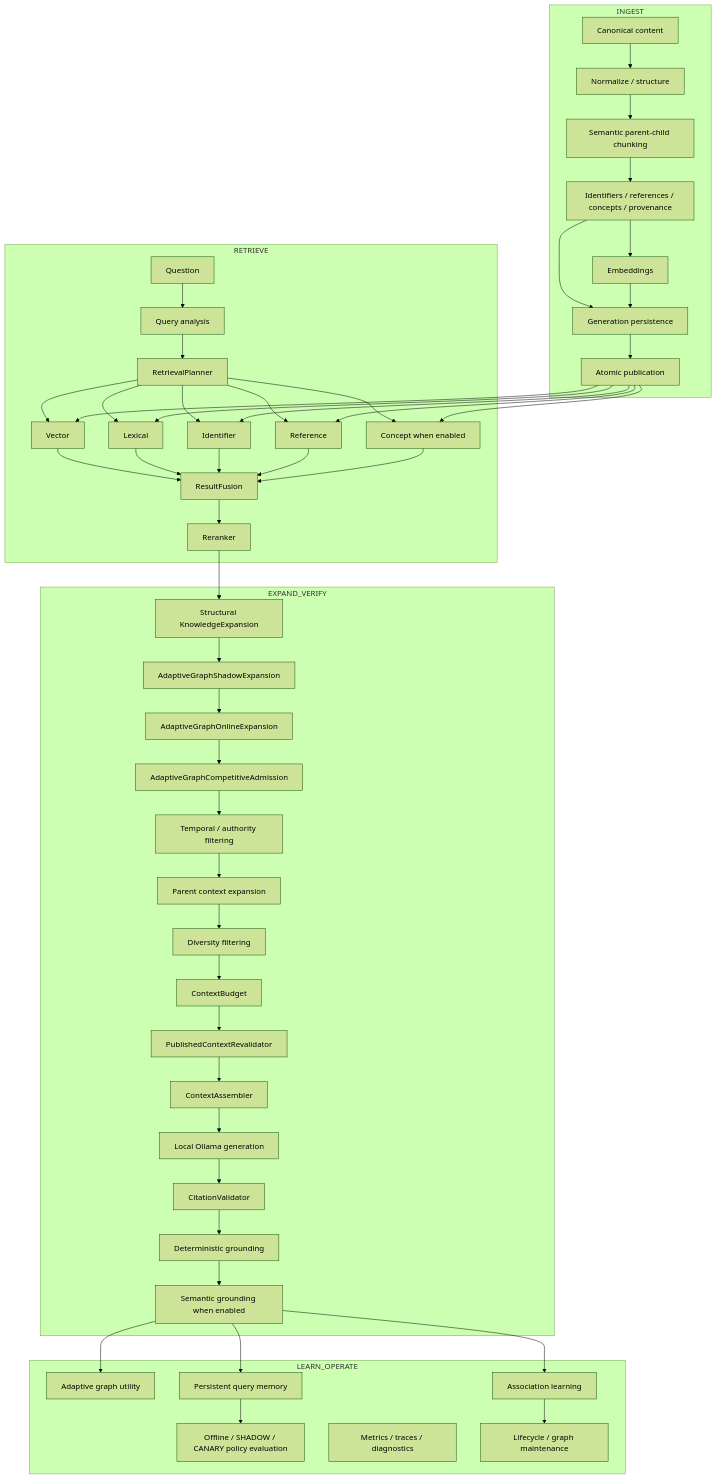
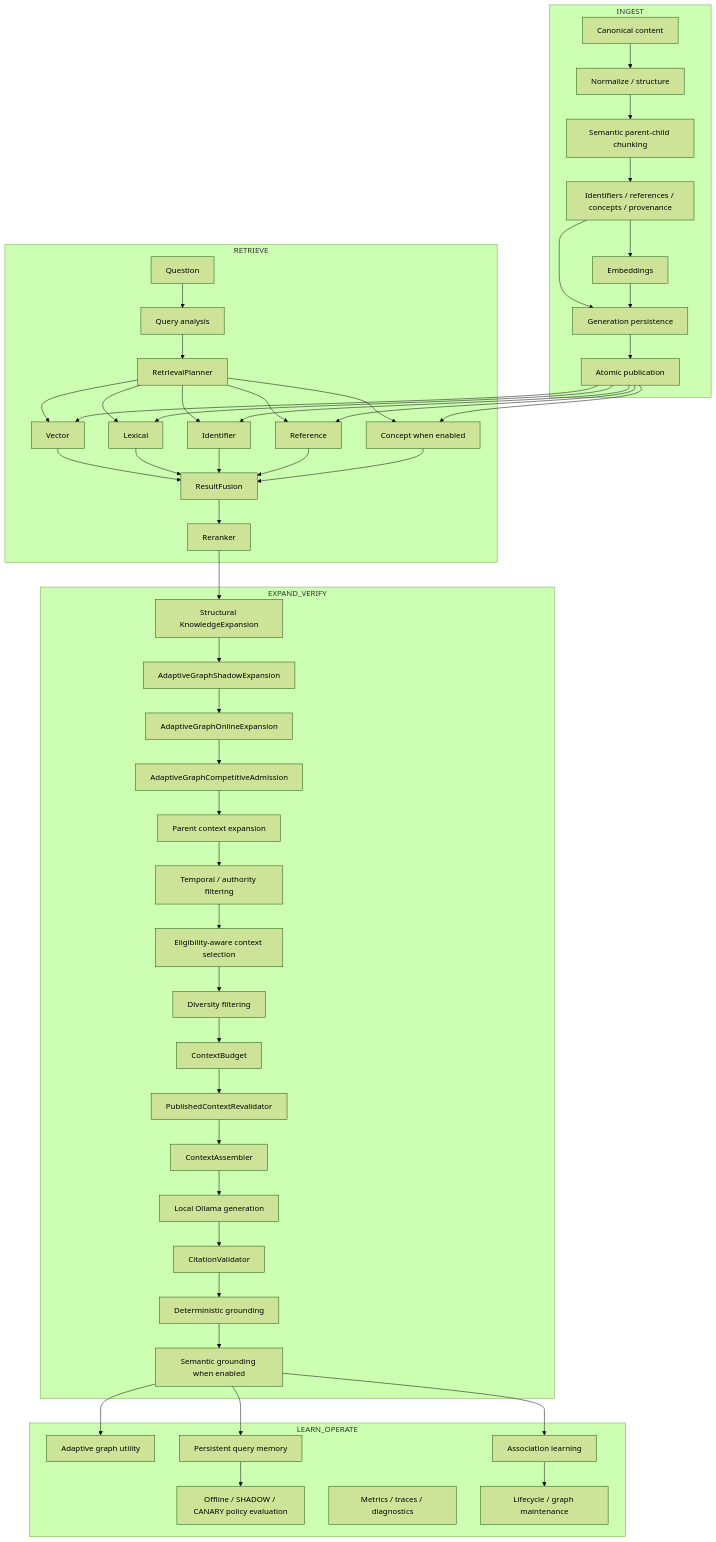
The diagram in docs/architecture/current-runtime-architecture.md (alimbetov/akmai), drawn with Mermaid (forest theme) before and after one commit. The commit also changed other lines of this file, not shown here.

Commit message:
docs: synchronize current retrieval runtime architecture

````diff
--- a/docs/architecture/current-runtime-architecture.md
+++ b/docs/architecture/current-runtime-architecture.md
@@ -25,79 +25,80 @@
 ```mermaid
 flowchart TB
     subgraph INGEST
       SRC[Canonical content]
       NORM[Normalize / structure]
       CHUNK[Semantic parent-child chunking]
       ENRICH[Identifiers / references / concepts / provenance]
       EMB[Embeddings]
       PERSIST[Generation persistence]
       PUB[Atomic publication]
       SRC --> NORM --> CHUNK --> ENRICH
       ENRICH --> EMB
       ENRICH --> PERSIST
       EMB --> PERSIST --> PUB
     end
 
     subgraph RETRIEVE
       Q[Question]
       QA[Query analysis]
       PLAN[RetrievalPlanner]
       V[Vector]
       L[Lexical]
       I[Identifier]
       R[Reference]
       C[Concept when enabled]
       F[ResultFusion]
       RR[Reranker]
       Q --> QA --> PLAN
       PLAN --> V
       PLAN --> L
       PLAN --> I
       PLAN --> R
       PLAN --> C
       V --> F
       L --> F
       I --> F
       R --> F
       C --> F
       F --> RR
     end
 
     subgraph EXPAND_VERIFY
       K[Structural KnowledgeExpansion]
       GS[AdaptiveGraphShadowExpansion]
       GO[AdaptiveGraphOnlineExpansion]
       GC[AdaptiveGraphCompetitiveAdmission]
+      PARENT[Parent context expansion]
       AUTH[Temporal / authority filtering]
-      PARENT[Parent context expansion]
+      SEL[Eligibility-aware context selection]
       DIV[Diversity filtering]
       BUDGET[ContextBudget]
       REVAL[PublishedContextRevalidator]
       CTX[ContextAssembler]
       LLM[Local Ollama generation]
       CIT[CitationValidator]
       DG[Deterministic grounding]
       SG[Semantic grounding when enabled]
-      RR --> K --> GS --> GO --> GC --> AUTH --> PARENT --> DIV --> BUDGET --> REVAL --> CTX --> LLM --> CIT --> DG --> SG
+      RR --> K --> GS --> GO --> GC --> PARENT --> AUTH --> SEL --> DIV --> BUDGET --> REVAL --> CTX --> LLM --> CIT --> DG --> SG
     end
 
     subgraph LEARN_OPERATE
       UTIL[Adaptive graph utility]
       AL[Association learning]
       QM[Persistent query memory]
       POLICY[Offline / SHADOW / CANARY policy evaluation]
       MET[Metrics / traces / diagnostics]
       MAINT[Lifecycle / graph maintenance]
       SG --> UTIL
       SG --> AL
       SG --> QM
       QM --> POLICY
       AL --> MAINT
     end
 
     PUB --> V
     PUB --> L
     PUB --> I
     PUB --> R
     PUB --> C
 ```
````
